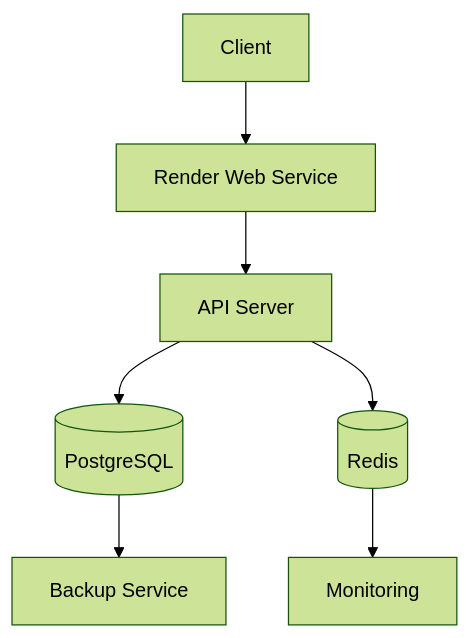
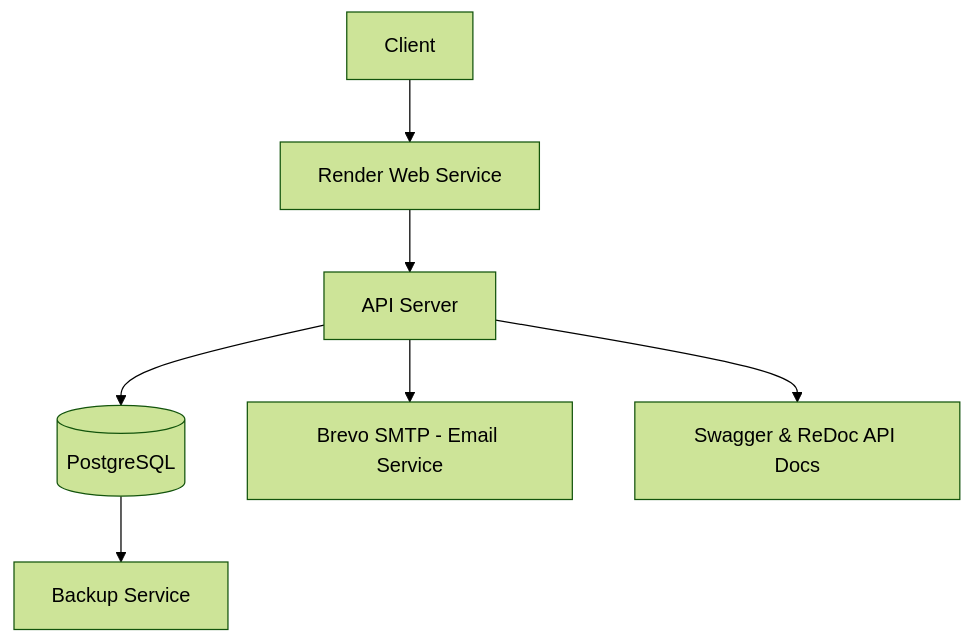
The first of 2 diagrams in README.md (CodeGallantX/kitodeck-be), drawn with Mermaid (forest theme) before and after one commit.

````diff
--- a/README.md
+++ b/README.md
@@ -76,9 +76,9 @@
 ```mermaid
 graph TD
     A[Client] --> B[Render Web Service]
     B --> C[API Server]
     C --> D[(PostgreSQL)]
-    C --> E[(Redis)]
-    D --> F[Backup Service]
-    E --> G[Monitoring]
+    D --> E[Backup Service]
+    C --> F[Brevo SMTP - Email Service]
+    C --> G[Swagger & ReDoc API Docs]
 ```
````
